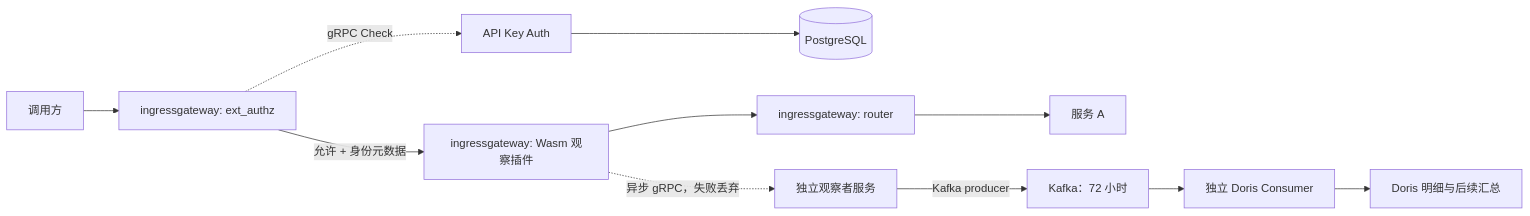
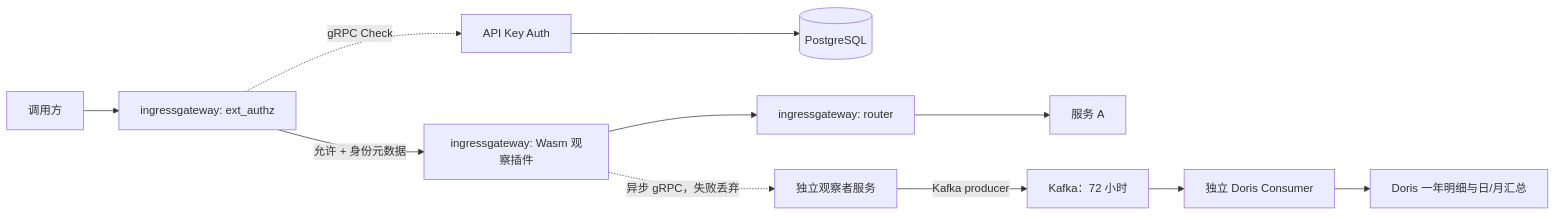
Before and after one commit to Fangyan33/llm-token-stats: the diagram in docs/token-metering-design.md, drawn with Mermaid. The commit also changed other lines of this file and 15 other files, not shown here.

```diff
--- a/docs/token-metering-design.md
+++ b/docs/token-metering-design.md
@@ -80,13 +80,13 @@
 ~~~mermaid
 flowchart LR
     U[调用方] --> X[ingressgateway: ext_authz]
     X -. gRPC Check .-> H[API Key Auth]
     H --> P[(PostgreSQL)]
     X -->|允许 + 身份元数据| W[ingressgateway: Wasm 观察插件]
     W --> G[ingressgateway: router]
     G --> A[服务 A]
     W -. 异步 gRPC，失败丢弃 .-> O[独立观察者服务]
     O -->|Kafka producer| K[Kafka：72 小时]
     K --> C[独立 Doris Consumer]
-    C --> D[Doris 明细与后续汇总]
+    C --> D[Doris 一年明细与日/月汇总]
 ~~~
```
